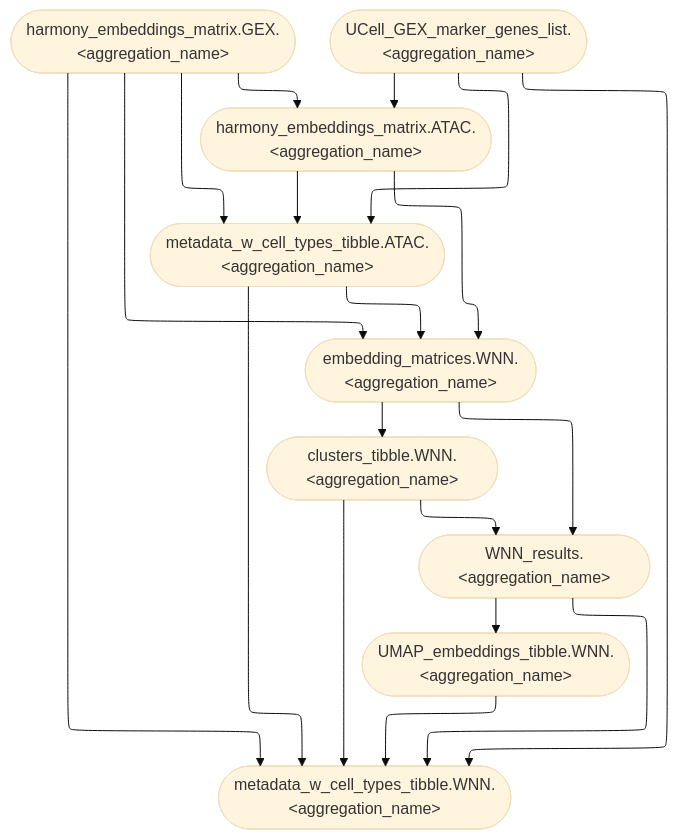
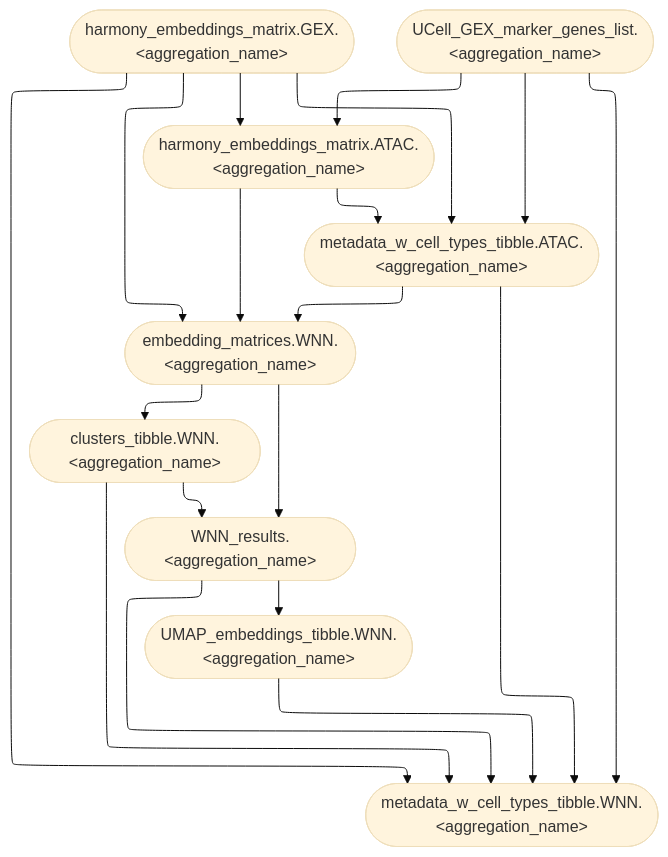
One commit to koefoeden/multiomeR changed the diagram in website/figures/human_curated/WNN_v2.mmd. Above: the diagram before and after it, drawn with Mermaid (base theme). The commit also changed other lines of this file and 25 other files, not shown here.

```diff
--- a/website/figures/human_curated/WNN_v2.mmd
+++ b/website/figures/human_curated/WNN_v2.mmd
@@ -1,20 +1,20 @@
 %%{init: {'flowchart': {'defaultRenderer': 'elk'}}}%%
 flowchart TB
-  harmony_embeddings_matrix.ATAC.immune_human_2x(["harmony_embeddings_matrix.ATAC.&lt;aggregation_name&gt;"]):::none --> embedding_matrices.WNN.immune_human_2x(["embedding_matrices.WNN.&lt;aggregation_name&gt;"]):::none
   harmony_embeddings_matrix.GEX.immune_human_2x(["harmony_embeddings_matrix.GEX.&lt;aggregation_name&gt;"]):::none --> embedding_matrices.WNN.immune_human_2x(["embedding_matrices.WNN.&lt;aggregation_name&gt;"]):::none
   metadata_w_cell_types_tibble.ATAC.immune_human_2x(["metadata_w_cell_types_tibble.ATAC.&lt;aggregation_name&gt;"]):::none --> embedding_matrices.WNN.immune_human_2x(["embedding_matrices.WNN.&lt;aggregation_name&gt;"]):::none
+  harmony_embeddings_matrix.ATAC.immune_human_2x(["harmony_embeddings_matrix.ATAC.&lt;aggregation_name&gt;"]):::none --> embedding_matrices.WNN.immune_human_2x(["embedding_matrices.WNN.&lt;aggregation_name&gt;"]):::none
+  WNN_results.immune_human_2x(["WNN_results.&lt;aggregation_name&gt;"]):::none --> UMAP_embeddings_tibble.WNN.immune_human_2x(["UMAP_embeddings_tibble.WNN.&lt;aggregation_name&gt;"]):::none
+  clusters_tibble.WNN.immune_human_2x(["clusters_tibble.WNN.&lt;aggregation_name&gt;"]):::none --> WNN_results.immune_human_2x(["WNN_results.&lt;aggregation_name&gt;"]):::none
+  embedding_matrices.WNN.immune_human_2x(["embedding_matrices.WNN.&lt;aggregation_name&gt;"]):::none --> WNN_results.immune_human_2x(["WNN_results.&lt;aggregation_name&gt;"]):::none
+  harmony_embeddings_matrix.GEX.immune_human_2x(["harmony_embeddings_matrix.GEX.&lt;aggregation_name&gt;"]):::none --> harmony_embeddings_matrix.ATAC.immune_human_2x(["harmony_embeddings_matrix.ATAC.&lt;aggregation_name&gt;"]):::none
+  UCell_GEX_marker_genes_list.immune_human_2x(["UCell_GEX_marker_genes_list.&lt;aggregation_name&gt;"]):::none --> harmony_embeddings_matrix.ATAC.immune_human_2x(["harmony_embeddings_matrix.ATAC.&lt;aggregation_name&gt;"]):::none
+  harmony_embeddings_matrix.GEX.immune_human_2x(["harmony_embeddings_matrix.GEX.&lt;aggregation_name&gt;"]):::none --> metadata_w_cell_types_tibble.ATAC.immune_human_2x(["metadata_w_cell_types_tibble.ATAC.&lt;aggregation_name&gt;"]):::none
+  UCell_GEX_marker_genes_list.immune_human_2x(["UCell_GEX_marker_genes_list.&lt;aggregation_name&gt;"]):::none --> metadata_w_cell_types_tibble.ATAC.immune_human_2x(["metadata_w_cell_types_tibble.ATAC.&lt;aggregation_name&gt;"]):::none
+  harmony_embeddings_matrix.ATAC.immune_human_2x(["harmony_embeddings_matrix.ATAC.&lt;aggregation_name&gt;"]):::none --> metadata_w_cell_types_tibble.ATAC.immune_human_2x(["metadata_w_cell_types_tibble.ATAC.&lt;aggregation_name&gt;"]):::none
+  WNN_results.immune_human_2x(["WNN_results.&lt;aggregation_name&gt;"]):::none --> metadata_w_cell_types_tibble.WNN.immune_human_2x(["metadata_w_cell_types_tibble.WNN.&lt;aggregation_name&gt;"]):::none
+  clusters_tibble.WNN.immune_human_2x(["clusters_tibble.WNN.&lt;aggregation_name&gt;"]):::none --> metadata_w_cell_types_tibble.WNN.immune_human_2x(["metadata_w_cell_types_tibble.WNN.&lt;aggregation_name&gt;"]):::none
+  UMAP_embeddings_tibble.WNN.immune_human_2x(["UMAP_embeddings_tibble.WNN.&lt;aggregation_name&gt;"]):::none --> metadata_w_cell_types_tibble.WNN.immune_human_2x(["metadata_w_cell_types_tibble.WNN.&lt;aggregation_name&gt;"]):::none
+  metadata_w_cell_types_tibble.ATAC.immune_human_2x(["metadata_w_cell_types_tibble.ATAC.&lt;aggregation_name&gt;"]):::none --> metadata_w_cell_types_tibble.WNN.immune_human_2x(["metadata_w_cell_types_tibble.WNN.&lt;aggregation_name&gt;"]):::none
   UCell_GEX_marker_genes_list.immune_human_2x(["UCell_GEX_marker_genes_list.&lt;aggregation_name&gt;"]):::none --> metadata_w_cell_types_tibble.WNN.immune_human_2x(["metadata_w_cell_types_tibble.WNN.&lt;aggregation_name&gt;"]):::none
-  WNN_results.immune_human_2x(["WNN_results.&lt;aggregation_name&gt;"]):::none --> UMAP_embeddings_tibble.WNN.immune_human_2x(["UMAP_embeddings_tibble.WNN.&lt;aggregation_name&gt;"]):::none
-  embedding_matrices.WNN.immune_human_2x(["embedding_matrices.WNN.&lt;aggregation_name&gt;"]):::none --> WNN_results.immune_human_2x(["WNN_results.&lt;aggregation_name&gt;"]):::none
-  clusters_tibble.WNN.immune_human_2x(["clusters_tibble.WNN.&lt;aggregation_name&gt;"]):::none --> WNN_results.immune_human_2x(["WNN_results.&lt;aggregation_name&gt;"]):::none
-  UCell_GEX_marker_genes_list.immune_human_2x(["UCell_GEX_marker_genes_list.&lt;aggregation_name&gt;"]):::none --> harmony_embeddings_matrix.ATAC.immune_human_2x(["harmony_embeddings_matrix.ATAC.&lt;aggregation_name&gt;"]):::none
-  harmony_embeddings_matrix.GEX.immune_human_2x(["harmony_embeddings_matrix.GEX.&lt;aggregation_name&gt;"]):::none --> harmony_embeddings_matrix.ATAC.immune_human_2x(["harmony_embeddings_matrix.ATAC.&lt;aggregation_name&gt;"]):::none
-  UCell_GEX_marker_genes_list.immune_human_2x(["UCell_GEX_marker_genes_list.&lt;aggregation_name&gt;"]):::none --> metadata_w_cell_types_tibble.ATAC.immune_human_2x(["metadata_w_cell_types_tibble.ATAC.&lt;aggregation_name&gt;"]):::none
-  harmony_embeddings_matrix.GEX.immune_human_2x(["harmony_embeddings_matrix.GEX.&lt;aggregation_name&gt;"]):::none --> metadata_w_cell_types_tibble.ATAC.immune_human_2x(["metadata_w_cell_types_tibble.ATAC.&lt;aggregation_name&gt;"]):::none
+  harmony_embeddings_matrix.GEX.immune_human_2x(["harmony_embeddings_matrix.GEX.&lt;aggregation_name&gt;"]):::none --> metadata_w_cell_types_tibble.WNN.immune_human_2x(["metadata_w_cell_types_tibble.WNN.&lt;aggregation_name&gt;"]):::none
   embedding_matrices.WNN.immune_human_2x(["embedding_matrices.WNN.&lt;aggregation_name&gt;"]):::none --> clusters_tibble.WNN.immune_human_2x(["clusters_tibble.WNN.&lt;aggregation_name&gt;"]):::none
-  harmony_embeddings_matrix.ATAC.immune_human_2x(["harmony_embeddings_matrix.ATAC.&lt;aggregation_name&gt;"]):::none --> metadata_w_cell_types_tibble.ATAC.immune_human_2x(["metadata_w_cell_types_tibble.ATAC.&lt;aggregation_name&gt;"]):::none
-  metadata_w_cell_types_tibble.ATAC.immune_human_2x(["metadata_w_cell_types_tibble.ATAC.&lt;aggregation_name&gt;"]):::none --> metadata_w_cell_types_tibble.WNN.immune_human_2x(["metadata_w_cell_types_tibble.WNN.&lt;aggregation_name&gt;"]):::none
-  UMAP_embeddings_tibble.WNN.immune_human_2x(["UMAP_embeddings_tibble.WNN.&lt;aggregation_name&gt;"]):::none --> metadata_w_cell_types_tibble.WNN.immune_human_2x(["metadata_w_cell_types_tibble.WNN.&lt;aggregation_name&gt;"]):::none
-  clusters_tibble.WNN.immune_human_2x(["clusters_tibble.WNN.&lt;aggregation_name&gt;"]):::none --> metadata_w_cell_types_tibble.WNN.immune_human_2x(["metadata_w_cell_types_tibble.WNN.&lt;aggregation_name&gt;"]):::none
-  WNN_results.immune_human_2x(["WNN_results.&lt;aggregation_name&gt;"]):::none --> metadata_w_cell_types_tibble.WNN.immune_human_2x(["metadata_w_cell_types_tibble.WNN.&lt;aggregation_name&gt;"]):::none
-  harmony_embeddings_matrix.GEX.immune_human_2x(["harmony_embeddings_matrix.GEX.&lt;aggregation_name&gt;"]):::none --> metadata_w_cell_types_tibble.WNN.immune_human_2x(["metadata_w_cell_types_tibble.WNN.&lt;aggregation_name&gt;"]):::none
```
